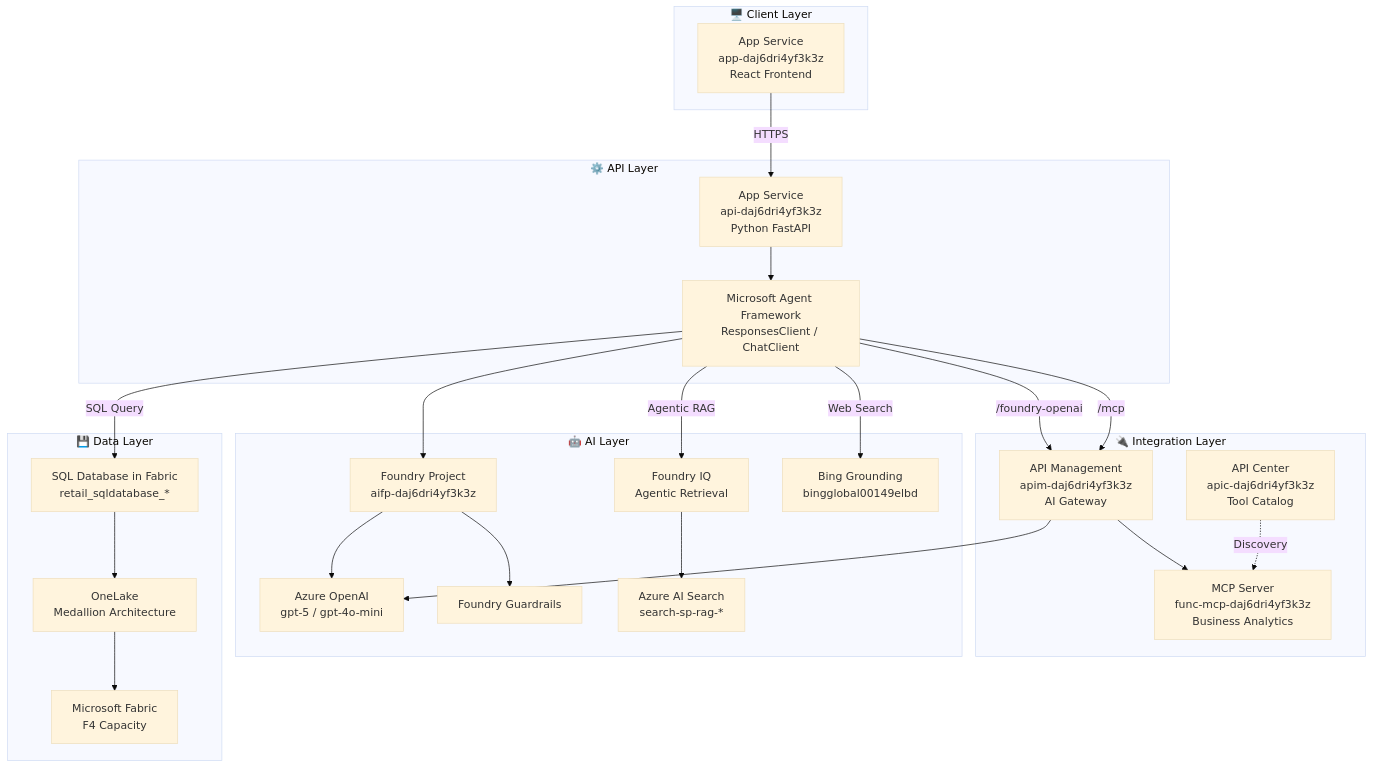
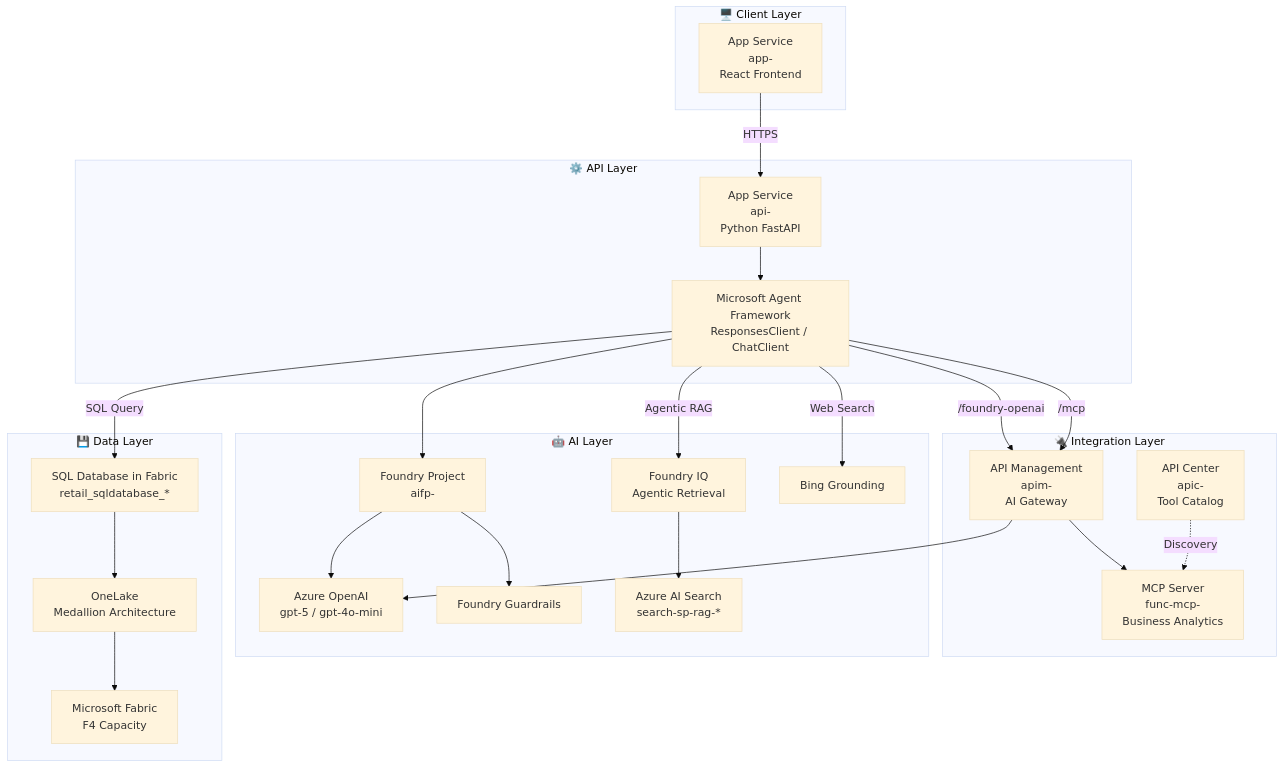
One commit to naoki1213mj/fabric-foundry-agentic-starter changed the diagram in ARCHITECTURE.md. Above: the diagram before and after it, drawn with Mermaid (base theme). The commit also changed other lines of this file and 31 other files, not shown here.

````diff
--- a/ARCHITECTURE.md
+++ b/ARCHITECTURE.md
@@ -211,49 +211,49 @@
 ```mermaid
 graph TB
     subgraph Client["🖥️ Client Layer"]
-        WEB["App Service<br/>app-daj6dri4yf3k3z<br/>React Frontend"]
+        WEB["App Service<br/>app-<your-suffix><br/>React Frontend"]
     end
 
     subgraph API["⚙️ API Layer"]
-        ACA["App Service<br/>api-daj6dri4yf3k3z<br/>Python FastAPI"]
+        ACA["App Service<br/>api-<your-suffix><br/>Python FastAPI"]
         MAF["Microsoft Agent Framework<br/>ResponsesClient / ChatClient"]
     end
 
     subgraph Integration["🔌 Integration Layer"]
-        APIM["API Management<br/>apim-daj6dri4yf3k3z<br/>AI Gateway"]
-        APIC["API Center<br/>apic-daj6dri4yf3k3z<br/>Tool Catalog"]
-        MCP["MCP Server<br/>func-mcp-daj6dri4yf3k3z<br/>Business Analytics"]
+        APIM["API Management<br/>apim-<your-suffix><br/>AI Gateway"]
+        APIC["API Center<br/>apic-<your-suffix><br/>Tool Catalog"]
+        MCP["MCP Server<br/>func-mcp-<your-suffix><br/>Business Analytics"]
     end
 
     subgraph AI["🤖 AI Layer"]
-        FAS["Foundry Project<br/>aifp-daj6dri4yf3k3z"]
+        FAS["Foundry Project<br/>aifp-<your-suffix>"]
         OAI["Azure OpenAI<br/>gpt-5 / gpt-4o-mini"]
         FIQ["Foundry IQ<br/>Agentic Retrieval"]
-        BING["Bing Grounding<br/>bingglobal00149elbd"]
+        BING["Bing Grounding<br/><your-bing-connection-name>"]
         FG["Foundry Guardrails"]
         SEARCH["Azure AI Search<br/>search-sp-rag-*"]
     end
 
     subgraph Data["💾 Data Layer"]
         FABRIC["Microsoft Fabric<br/>F4 Capacity"]
         SQLDB["SQL Database in Fabric<br/>retail_sqldatabase_*"]
         ONELAKE["OneLake<br/>Medallion Architecture"]
     end
 
     WEB -->|HTTPS| ACA
     ACA --> MAF
     MAF -->|/foundry-openai| APIM
     APIM --> OAI
     MAF --> FAS
     FAS --> FG
     FAS --> OAI
     MAF -->|SQL Query| SQLDB
     MAF -->|Agentic RAG| FIQ
     FIQ --> SEARCH
     MAF -->|Web Search| BING
     MAF -->|/mcp| APIM
     APIM --> MCP
     APIC -.->|Discovery| MCP
     SQLDB --> ONELAKE
     ONELAKE --> FABRIC
 ```
````
